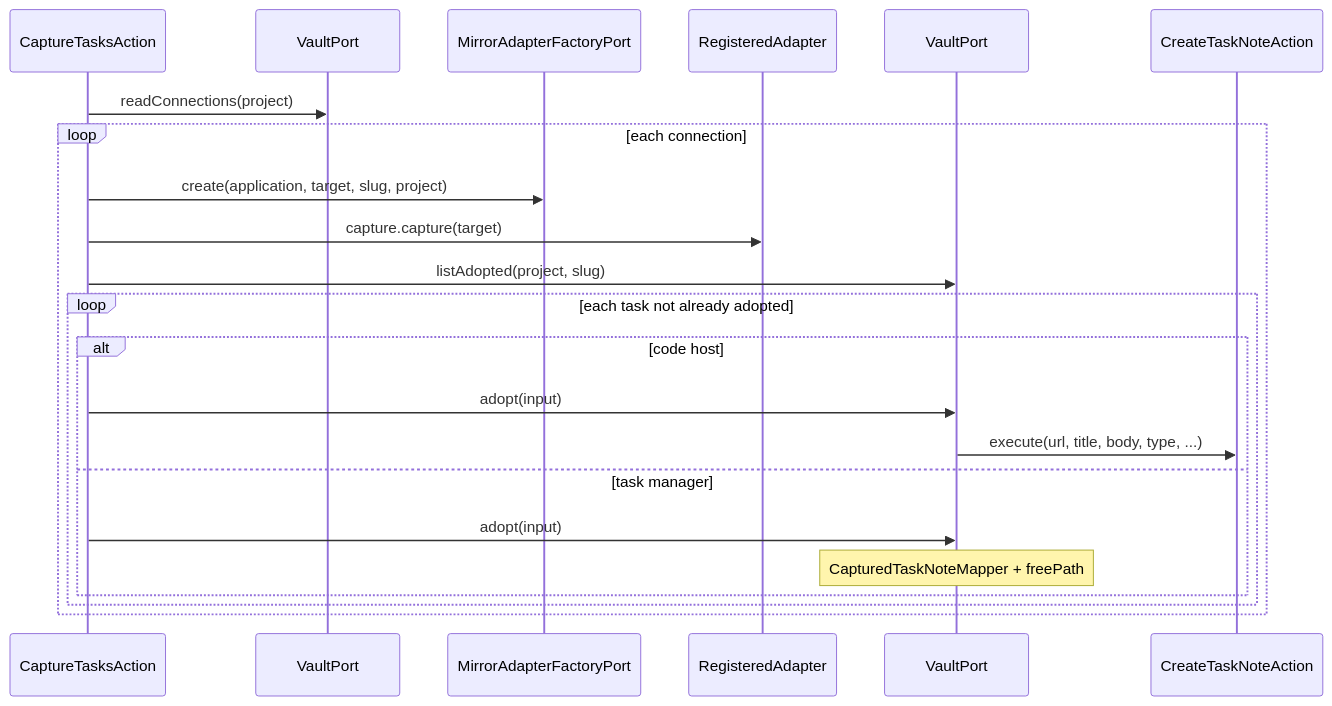
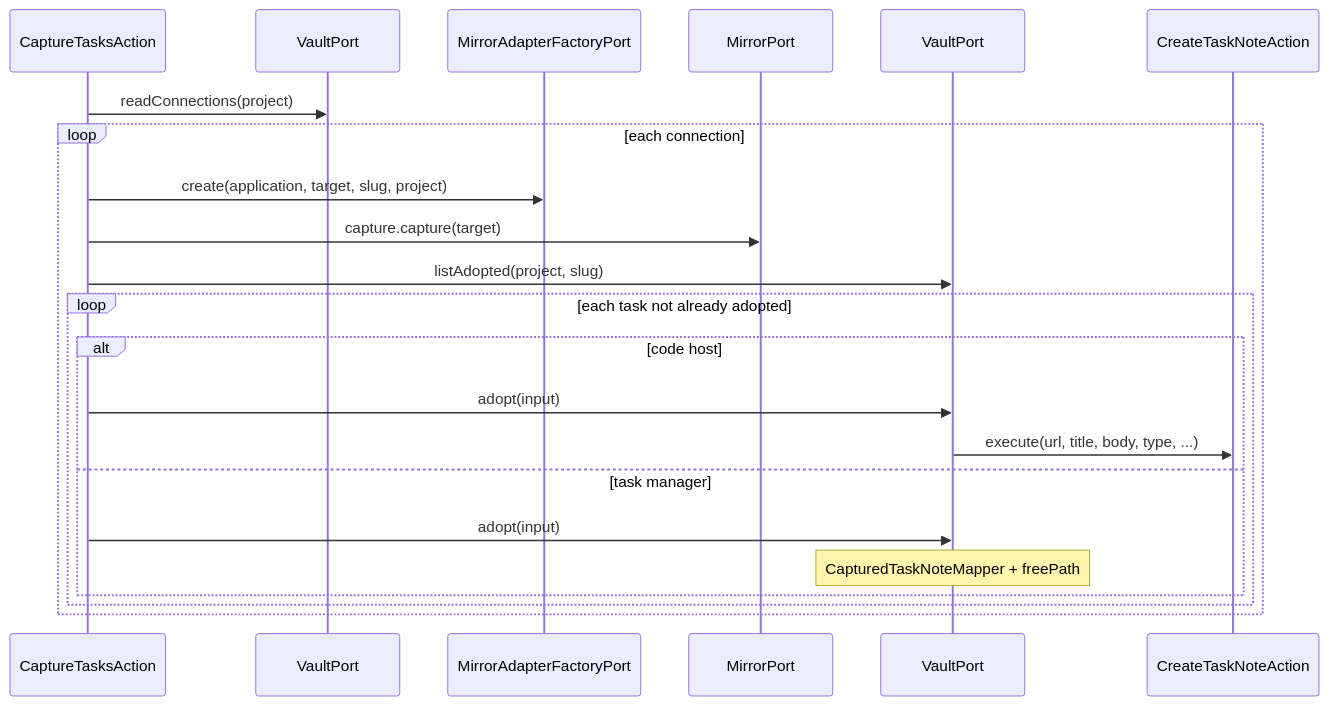
Before and after one commit to 99linesofcode/obsidian-project-management: the ninth of 18 diagrams in docs/developer-manual.md, drawn with Mermaid. The commit also changed other lines of this file and 89 other files, not shown here.

First line of the commit message:
refactor(mirror): collapse the mirror ports into one MirrorPort

````diff
--- a/docs/developer-manual.md
+++ b/docs/developer-manual.md
@@ -498,25 +502,25 @@
 ```mermaid
 sequenceDiagram
   participant C as CaptureTasksAction
   participant PS as VaultPort
   participant F as MirrorAdapterFactoryPort
-  participant R as RegisteredAdapter
+  participant R as MirrorPort
   participant V as VaultPort
   participant CT as CreateTaskNoteAction
 
   C->>PS: readConnections(project)
   loop each connection
     C->>F: create(application, target, slug, project)
     C->>R: capture.capture(target)
     C->>V: listAdopted(project, slug)
     loop each task not already adopted
       alt code host
         C->>V: adopt(input)
         V->>CT: execute(url, title, body, type, ...)
       else task manager
         C->>V: adopt(input)
         Note over V: CapturedTaskNoteMapper + freePath
       end
     end
   end
 ```
````
